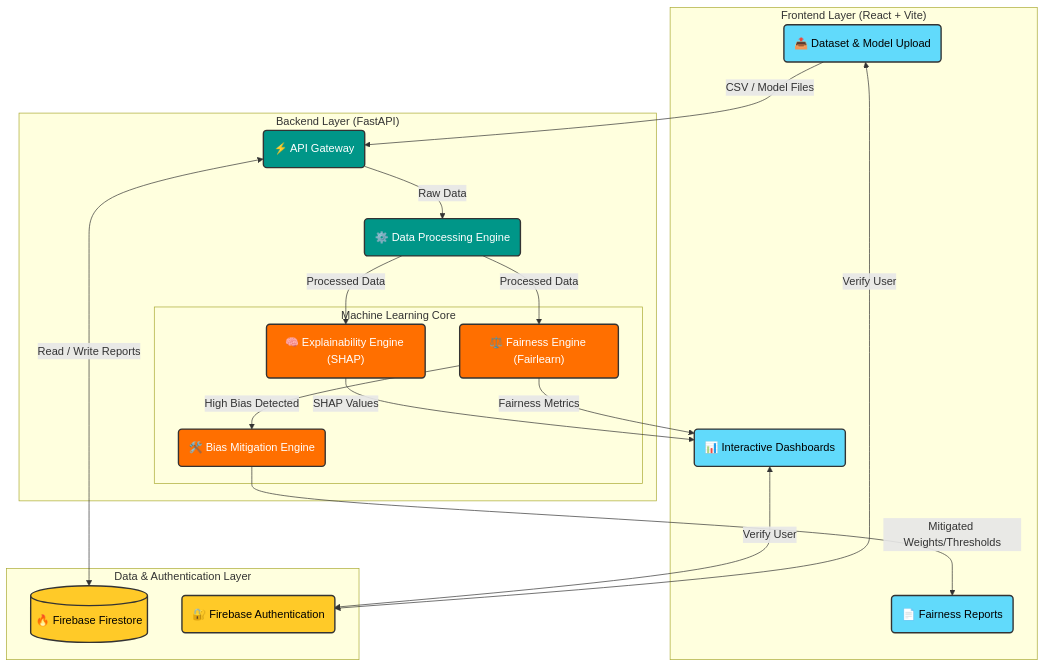
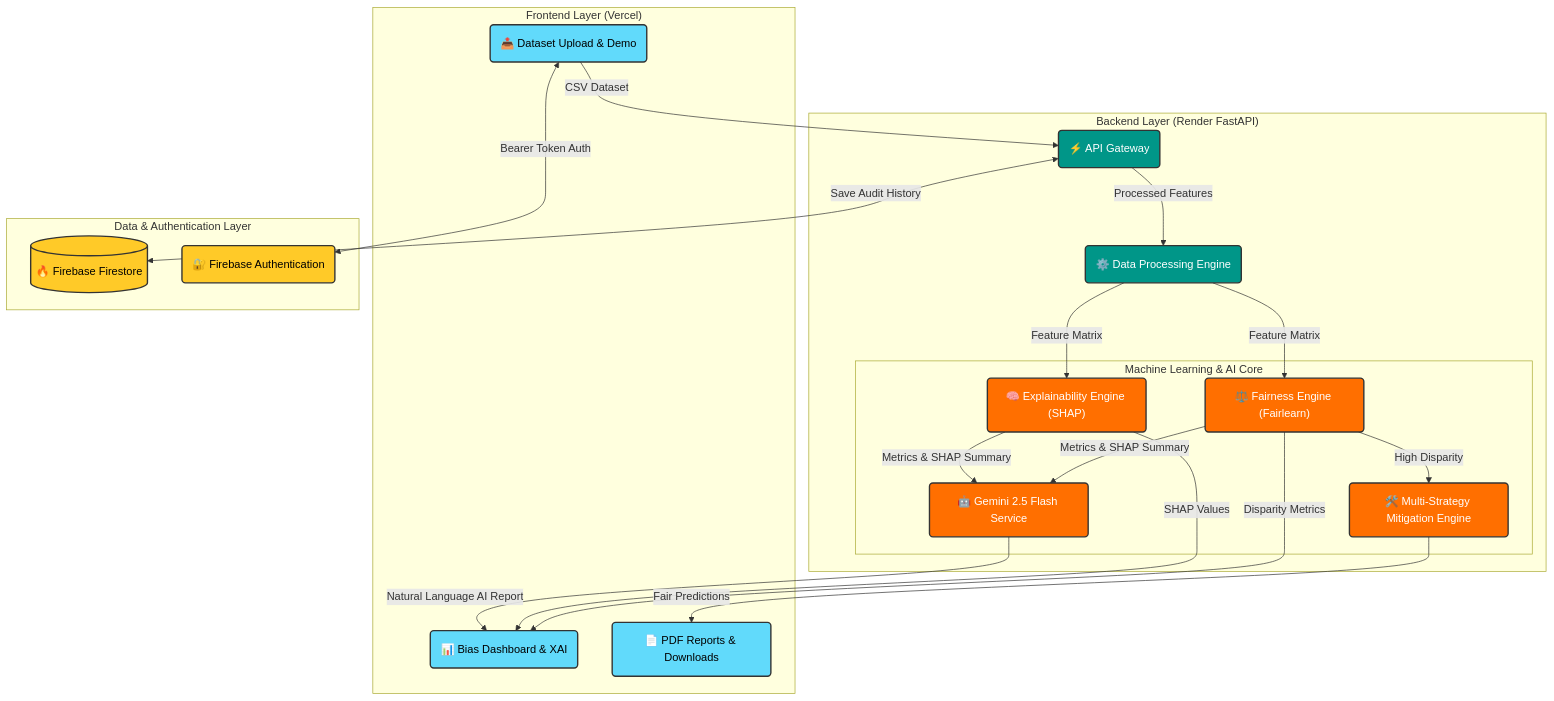
Before and after one commit to himanshu-jadhav108/fairlens-ai-: the diagram in README.md, drawn with Mermaid. The commit also changed other lines of this file, not shown here.

Commit message:
docs: update README with live Render backend deployment URLs, Gemini AI integration, and corrected asset paths

````diff
--- a/README.md
+++ b/README.md
@@ -61,47 +63,49 @@
 ```mermaid
 graph TD
     %% Define Styles
     classDef frontend fill:#61DAFB,stroke:#333,stroke-width:2px,color:#000;
     classDef backend fill:#009688,stroke:#333,stroke-width:2px,color:#fff;
     classDef ml fill:#FF6F00,stroke:#333,stroke-width:2px,color:#fff;
     classDef db fill:#FFCA28,stroke:#333,stroke-width:2px,color:#000;
     
-    subgraph "Frontend Layer (React + Vite)"
-        UI_Upload("📤 Dataset & Model Upload"):::frontend
-        UI_Dash("📊 Interactive Dashboards"):::frontend
-        UI_Report("📄 Fairness Reports"):::frontend
+    subgraph "Frontend Layer (Vercel)"
+        UI_Upload("📤 Dataset Upload & Demo"):::frontend
+        UI_Dash("📊 Bias Dashboard & XAI"):::frontend
+        UI_Report("📄 PDF Reports & Downloads"):::frontend
     end
 
-    subgraph "Backend Layer (FastAPI)"
+    subgraph "Backend Layer (Render FastAPI)"
         API("⚡ API Gateway"):::backend
         DP("⚙️ Data Processing Engine"):::backend
         
-        subgraph "Machine Learning Core"
+        subgraph "Machine Learning & AI Core"
             FE("⚖️ Fairness Engine (Fairlearn)"):::ml
             XE("🧠 Explainability Engine (SHAP)"):::ml
-            ME("🛠️ Bias Mitigation Engine"):::ml
+            ME("🛠️ Multi-Strategy Mitigation Engine"):::ml
+            GAI("🤖 Gemini 2.5 Flash Service"):::ml
         end
     end
 
     subgraph "Data & Authentication Layer"
         DB[("🔥 Firebase Firestore")]:::db
         Auth("🔐 Firebase Authentication"):::db
     end
 
     %% Flow of data
-    UI_Upload -- "CSV / Model Files" --> API
-    API -- "Raw Data" --> DP
-    DP -- "Processed Data" --> FE
-    DP -- "Processed Data" --> XE
+    UI_Upload -- "CSV Dataset" --> API
+    API -- "Processed Features" --> DP
+    DP -- "Feature Matrix" --> FE
+    DP -- "Feature Matrix" --> XE
     
-    FE -- "Fairness Metrics" --> UI_Dash
+    FE -- "Disparity Metrics" --> UI_Dash
     XE -- "SHAP Values" --> UI_Dash
+    FE & XE -- "Metrics & SHAP Summary" --> GAI
+    GAI -- "Natural Language AI Report" --> UI_Dash
     
-    FE -- "High Bias Detected" --> ME
-    ME -- "Mitigated Weights/Thresholds" --> UI_Report
+    FE -- "High Disparity" --> ME
+    ME -- "Fair Predictions" --> UI_Report
     
     %% Storage Interactions
-    API <-- "Read / Write Reports" --> DB
-    UI_Upload <-- "Verify User" --> Auth
-    UI_Dash <-- "Verify User" --> Auth
+    API <-- "Save Audit History" --> DB
+    UI_Upload <-- "Bearer Token Auth" --> Auth
 ```
````
